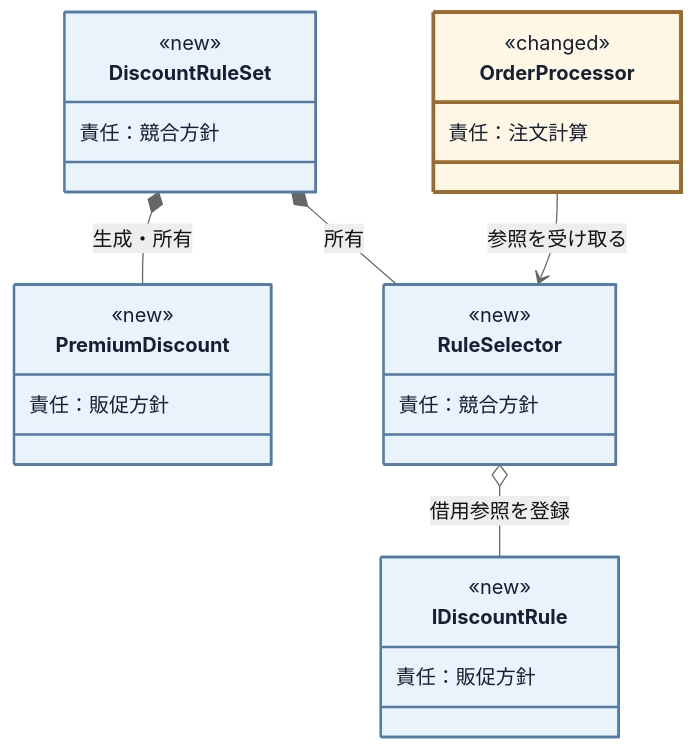
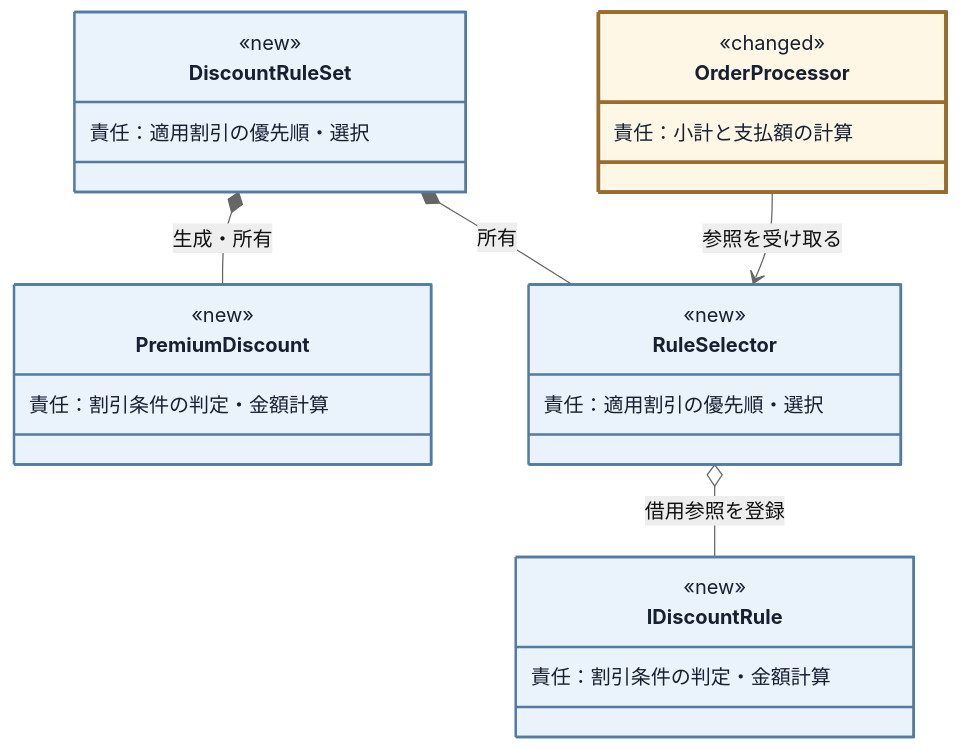
One commit to kumachan1101-pixel/DesignPattern changed diagram 11 of 18 in kindle/design-patterns/books/volume01-core-patterns/output/03-chapter01.md. Above: the diagram before and after it, drawn with Mermaid (neutral theme). The commit also changed other lines of this file and 17 other files, not shown here.

````diff
--- a/kindle/design-patterns/books/volume01-core-patterns/output/03-chapter01.md
+++ b/kindle/design-patterns/books/volume01-core-patterns/output/03-chapter01.md
@@ -1496,32 +1485,32 @@
 ```mermaid
 classDiagram
     direction TB
     class DiscountRuleSet:::added {
         <<new>>
-        責任：競合方針
+        責任：適用割引の優先順・選択
     }
     class PremiumDiscount:::added {
         <<new>>
-        責任：販促方針
+        責任：割引条件の判定・金額計算
     }
     class RuleSelector:::added {
         <<new>>
-        責任：競合方針
+        責任：適用割引の優先順・選択
     }
     class IDiscountRule:::added {
         <<new>>
         <<interface>>
-        責任：販促方針
+        責任：割引条件の判定・金額計算
     }
     class OrderProcessor:::touched {
         <<changed>>
-        責任：注文計算
+        責任：小計と支払額の計算
     }
     DiscountRuleSet *-- PremiumDiscount : 生成・所有
     DiscountRuleSet *-- RuleSelector : 所有
     RuleSelector o-- IDiscountRule : 借用参照を登録
     OrderProcessor --> RuleSelector : 参照を受け取る
 
     classDef added fill:#eaf2fb,stroke:#527aa3,stroke-width:2px,color:#172033;
     classDef touched fill:#fff7e6,stroke:#9a6b2f,stroke-width:3px,color:#172033;
 ```
````
